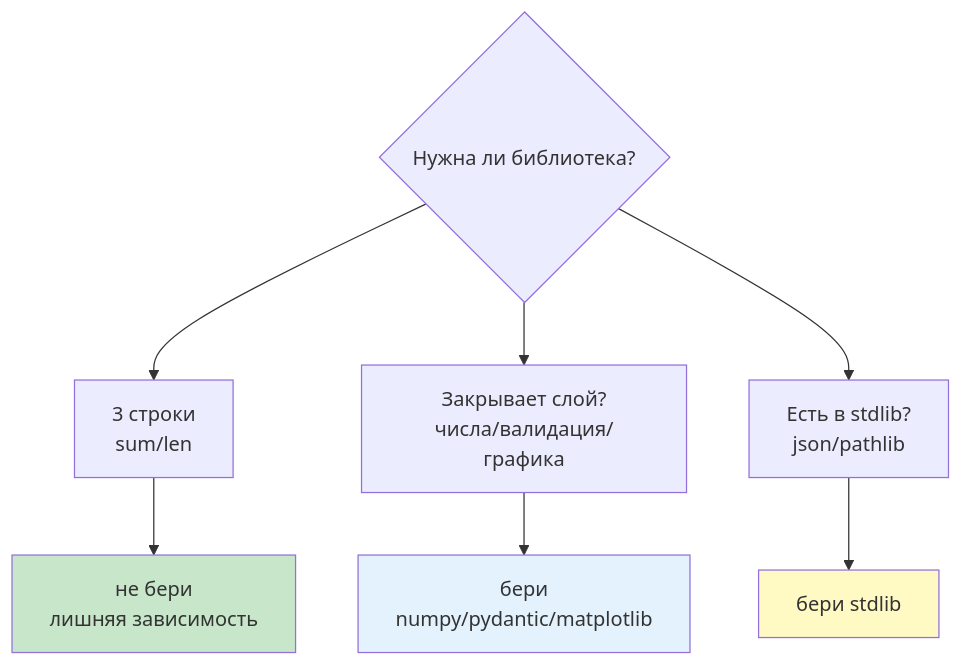
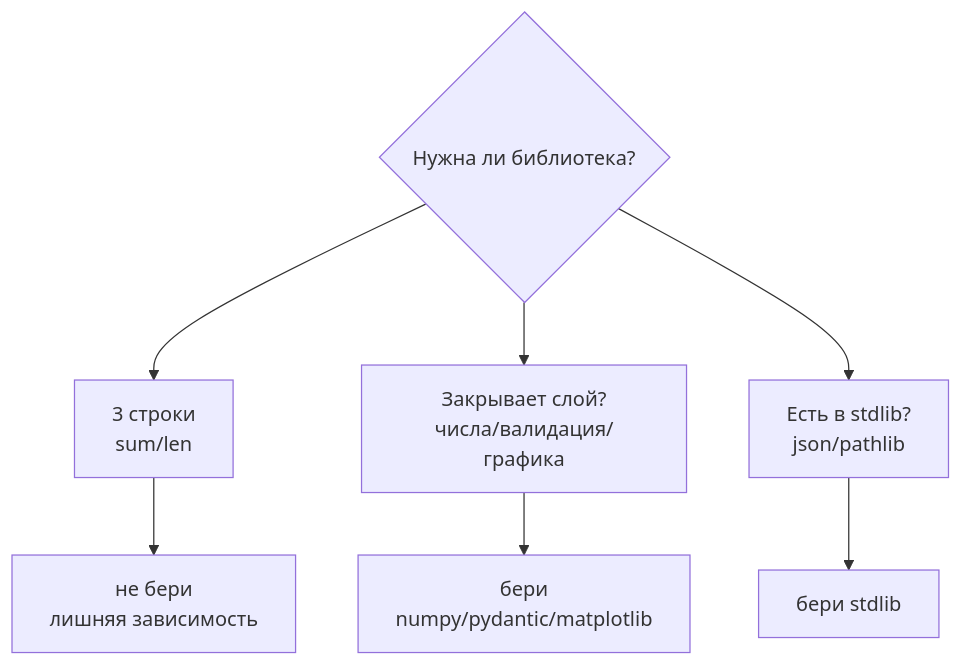
The first of 3 diagrams in 02_Курсы/01. Инженерные практики Python/01_Лекции/11. Сторонние библиотеки.md (JayStorm228/College), drawn with Mermaid before and after one commit. The commit also changed other lines of this file and 30 other files, not shown here.

First line of the commit message:
переименование NumPy лекций под академические заголовки + стандартные диаграммы

````diff
--- a/02_Курсы/01. Инженерные практики Python/01_Лекции/11. Сторонние библиотеки.md
+++ b/02_Курсы/01. Инженерные практики Python/01_Лекции/11. Сторонние библиотеки.md
@@ -24,10 +24,7 @@
 ```mermaid
 flowchart TD
   Q{Нужна ли библиотека?}
   Q --> A[3 строки<br>sum/len] --> A1[не бери<br>лишняя зависимость]
   Q --> B[Закрывает слой?<br>числа/валидация/графика] --> B1[бери<br>numpy/pydantic/matplotlib]
   Q --> C[Есть в stdlib?<br>json/pathlib] --> C1[бери stdlib]
-  style A1 fill:#c8e6c9
-  style B1 fill:#e3f2fd
-  style C1 fill:#fff9c4
 ```
````
